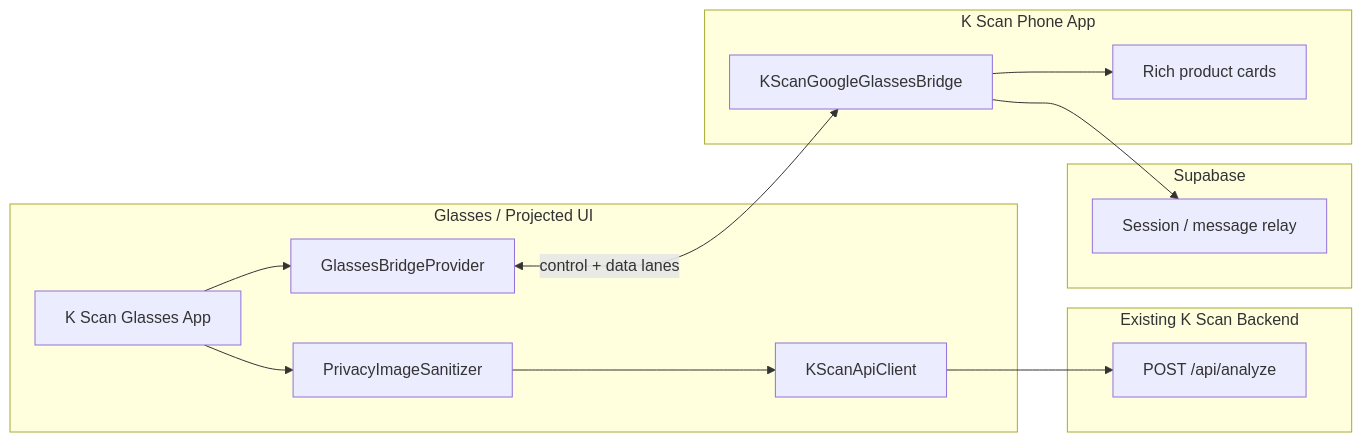
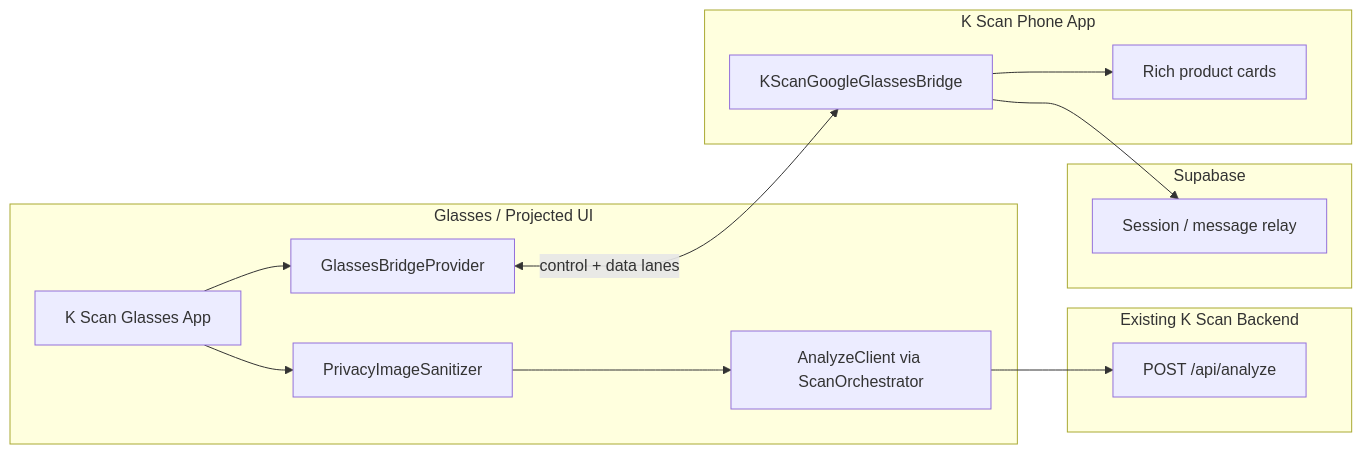
The diagram in docs/ARCHITECTURE.md (kscanaiapp/kscan-app), drawn with Mermaid before and after one commit. The commit also changed 6 other files, not shown here.

````diff
--- a/docs/ARCHITECTURE.md
+++ b/docs/ARCHITECTURE.md
@@ -5,30 +5,30 @@
 ```mermaid
 flowchart LR
   subgraph glasses [Glasses / Projected UI]
     App[K Scan Glasses App]
     Bridge[GlassesBridgeProvider]
     Privacy[PrivacyImageSanitizer]
-    API[KScanApiClient]
+    API[AnalyzeClient via ScanOrchestrator]
   end
 
   subgraph phone [K Scan Phone App]
     PhoneBridge[KScanGoogleGlassesBridge]
     RNUI[Rich product cards]
   end
 
   subgraph backend [Existing K Scan Backend]
     Analyze["POST /api/analyze"]
   end
 
   subgraph supabase [Supabase]
     Relay[Session / message relay]
   end
 
   App --> Bridge
   App --> Privacy
   Privacy --> API
   API --> Analyze
   Bridge <-->|control + data lanes| PhoneBridge
   PhoneBridge --> Relay
   PhoneBridge --> RNUI
 ```
````
